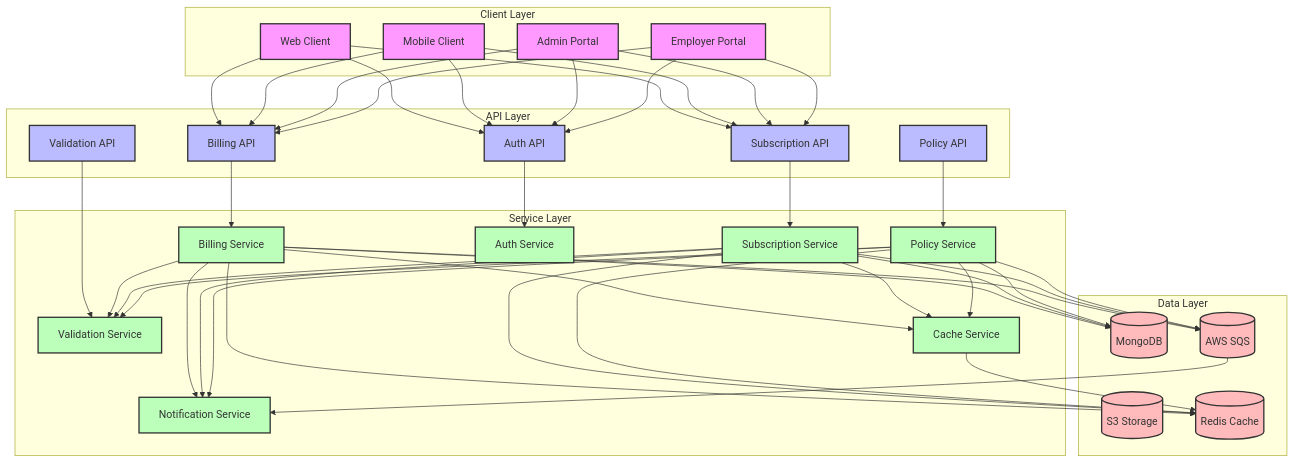
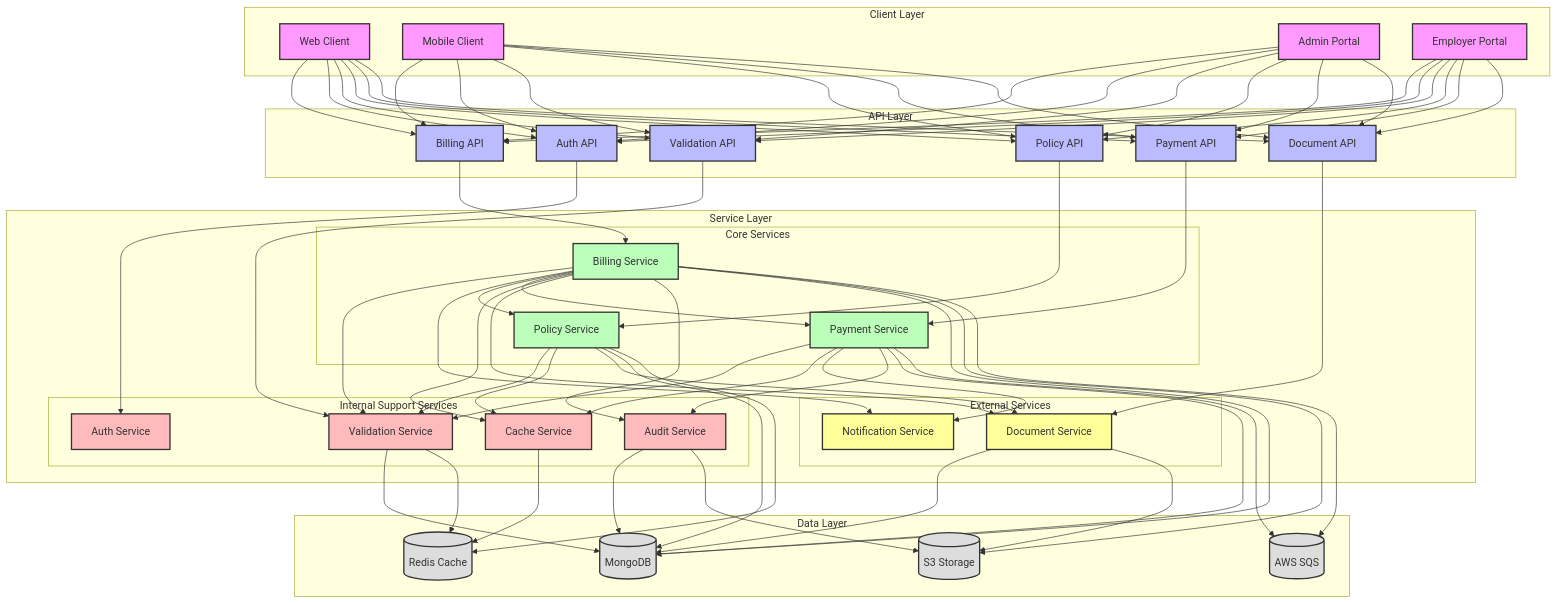
The first of 2 diagrams in docs/flows/billing.md (hayatonsurity/documentation), drawn with Mermaid before and after one commit. The commit also changed other lines of this file and 12 other files, not shown here.

Commit message:
Corrected the diagrams and APIs

````diff
--- a/docs/flows/billing.md
+++ b/docs/flows/billing.md
@@ -8,91 +8,130 @@
 ```mermaid
 graph TB
-    subgraph Client Layer
+    %% Client Layer
+    subgraph ClientLayer[Client Layer]
         Web[Web Client]
         Mobile[Mobile Client]
         AdminPortal[Admin Portal]
         EmployerPortal[Employer Portal]
     end
 
-    subgraph API Layer
+    %% API Layer
+    subgraph APILayer[API Layer]
         BillingAPI[Billing API]
-        SubscriptionAPI[Subscription API]
+        ValidationAPI[Validation API]
         AuthAPI[Auth API]
-        ValidationAPI[Validation API]
         PolicyAPI[Policy API]
+        PaymentAPI[Payment API]
+        DocumentAPI[Document API]
     end
 
-    subgraph Service Layer
-        BillingService[Billing Service]
-        SubscriptionService[Subscription Service]
-        NotificationService[Notification Service]
-        AuthService[Auth Service]
-        ValidationService[Validation Service]
-        CacheService[Cache Service]
-        PolicyService[Policy Service]
+    %% Service Layer
+    subgraph ServiceLayer[Service Layer]
+        subgraph CoreServices[Core Services]
+            BillingService[Billing Service]
+            PolicyService[Policy Service]
+            PaymentService[Payment Service]
+        end
+        
+        subgraph InternalServices[Internal Support Services]
+            ValidationService[Validation Service]
+            AuthService[Auth Service]
+            CacheService[Cache Service]
+            AuditService[Audit Service]
+        end
+
+        subgraph ExternalServices[External Services]
+            NotificationService[Notification Service]
+            DocumentService[Document Service]
+        end
     end
 
-    subgraph Data Layer
+    %% Data Layer
+    subgraph DataLayer[Data Layer]
         DB[(MongoDB)]
         S3[(S3 Storage)]
         Cache[(Redis Cache)]
         Queue[(AWS SQS)]
     end
 
-    %% Client Layer Connections
+    %% Client to API Connections
+    Web --> BillingAPI
     Web --> AuthAPI
+    Web --> ValidationAPI
+    Web --> PolicyAPI
+    Web --> PaymentAPI
+    Web --> DocumentAPI
+    Mobile --> BillingAPI
     Mobile --> AuthAPI
+    Mobile --> ValidationAPI
+    Mobile --> PolicyAPI
+    Mobile --> PaymentAPI
+    Mobile --> DocumentAPI
+    AdminPortal --> BillingAPI
     AdminPortal --> AuthAPI
+    AdminPortal --> ValidationAPI
+    AdminPortal --> PolicyAPI
+    AdminPortal --> PaymentAPI
+    AdminPortal --> DocumentAPI
+    EmployerPortal --> BillingAPI
     EmployerPortal --> AuthAPI
-    Web --> BillingAPI
-    Mobile --> BillingAPI
-    AdminPortal --> BillingAPI
-    EmployerPortal --> BillingAPI
-    Web --> SubscriptionAPI
-    Mobile --> SubscriptionAPI
-    AdminPortal --> SubscriptionAPI
-    EmployerPortal --> SubscriptionAPI
+    EmployerPortal --> ValidationAPI
+    EmployerPortal --> PolicyAPI
+    EmployerPortal --> PaymentAPI
+    EmployerPortal --> DocumentAPI
 
-    %% API Layer Connections
+    %% API to Service Connections
+    BillingAPI --> BillingService
+    ValidationAPI --> ValidationService
     AuthAPI --> AuthService
-    BillingAPI --> BillingService
-    SubscriptionAPI --> SubscriptionService
-    ValidationAPI --> ValidationService
     PolicyAPI --> PolicyService
+    PaymentAPI --> PaymentService
+    DocumentAPI --> DocumentService
 
-    %% Service Layer Connections
+    %% Core Service Connections
     BillingService --> ValidationService
-    SubscriptionService --> ValidationService
+    BillingService --> NotificationService
+    BillingService --> PolicyService
+    BillingService --> PaymentService
+    BillingService --> CacheService
+    BillingService --> DocumentService
+    BillingService --> AuditService
     PolicyService --> ValidationService
-    BillingService --> NotificationService
-    SubscriptionService --> NotificationService
-    PolicyService --> NotificationService
-    BillingService --> CacheService
-    SubscriptionService --> CacheService
     PolicyService --> CacheService
+    PolicyService --> DocumentService
+    PaymentService --> ValidationService
+    PaymentService --> CacheService
+    PaymentService --> NotificationService
+    PaymentService --> AuditService
 
     %% Service to Data Connections
     BillingService --> DB
-    SubscriptionService --> DB
+    BillingService --> S3
+    BillingService --> Queue
     PolicyService --> DB
-    BillingService --> Cache
-    SubscriptionService --> Cache
     PolicyService --> Cache
-    BillingService --> Queue
-    SubscriptionService --> Queue
-    PolicyService --> Queue
-
-    %% Data Layer Connections
-    Queue --> NotificationService
+    PaymentService --> DB
+    PaymentService --> Queue
+    ValidationService --> DB
+    ValidationService --> Cache
+    DocumentService --> DB
+    DocumentService --> S3
+    AuditService --> DB
+    AuditService --> S3
     CacheService --> Cache
 
+    %% Styling
     classDef client fill:#f9f,stroke:#333,stroke-width:2px
     classDef api fill:#bbf,stroke:#333,stroke-width:2px
-    classDef service fill:#bfb,stroke:#333,stroke-width:2px
-    classDef data fill:#fbb,stroke:#333,stroke-width:2px
+    classDef coreService fill:#bfb,stroke:#333,stroke-width:2px
+    classDef internalService fill:#fbb,stroke:#333,stroke-width:2px
+    classDef externalService fill:#ff9,stroke:#333,stroke-width:2px
+    classDef data fill:#ddd,stroke:#333,stroke-width:2px
 
     class Web,Mobile,AdminPortal,EmployerPortal client
-    class BillingAPI,SubscriptionAPI,AuthAPI,ValidationAPI,PolicyAPI api
-    class BillingService,SubscriptionService,NotificationService,AuthService,ValidationService,CacheService,PolicyService service
+    class BillingAPI,ValidationAPI,AuthAPI,PolicyAPI,PaymentAPI,DocumentAPI api
+    class BillingService,PolicyService,PaymentService coreService
+    class ValidationService,AuthService,CacheService,AuditService internalService
+    class NotificationService,DocumentService externalService
     class DB,S3,Cache,Queue data
 ```
````
